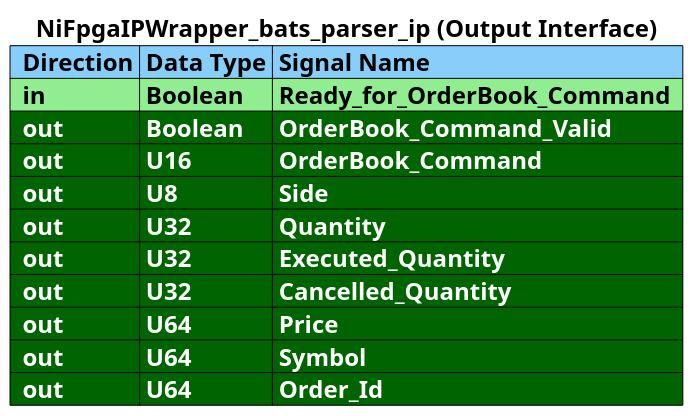
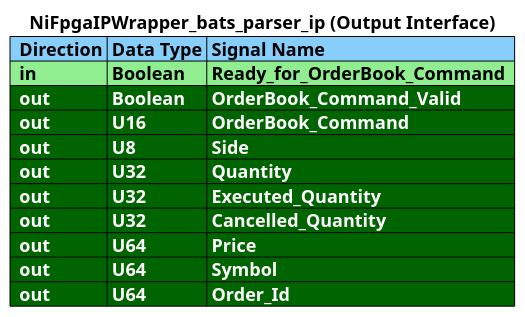
Before and after one commit to fpganow/OrderBook: the diagram in output_interface.plantuml, drawn with PlantUML. The commit also changed 16 other files, not shown here.

```diff
--- a/output_interface.plantuml
+++ b/output_interface.plantuml
@@ -1,17 +1,17 @@
 @startuml Output.Interface
-skinparam titleFontSize 24
+skinparam titleFontSize 18
 title
 **NiFpgaIPWrapper_bats_parser_ip (Output Interface)**
 <#lightskyblue>|=  Direction |= Data Type |= Signal Name               |
 <#lightgreen>|=  in       |= Boolean   |= Ready_for_OrderBook_Command  |
 <#darkgreen>|<color:white>  out      |<color:white> Boolean   |<color:white> OrderBook_Command_Valid |
 <#darkgreen>|<color:white>  out      |<color:white> U16       |<color:white> OrderBook_Command |
 <#darkgreen>|<color:white>  out      |<color:white> U8        |<color:white> Side|
 <#darkgreen>|<color:white>  out      |<color:white> U32       |<color:white> Quantity|
 <#darkgreen>|<color:white>  out      |<color:white> U32       |<color:white> Executed_Quantity|
 <#darkgreen>|<color:white>  out      |<color:white> U32       |<color:white> Cancelled_Quantity|
 <#darkgreen>|<color:white>  out      |<color:white> U64       |<color:white> Price|
 <#darkgreen>|<color:white>  out      |<color:white> U64       |<color:white> Symbol|
 <#darkgreen>|<color:white>  out      |<color:white> U64       |<color:white> Order_Id|
 end title
 @enduml
```
